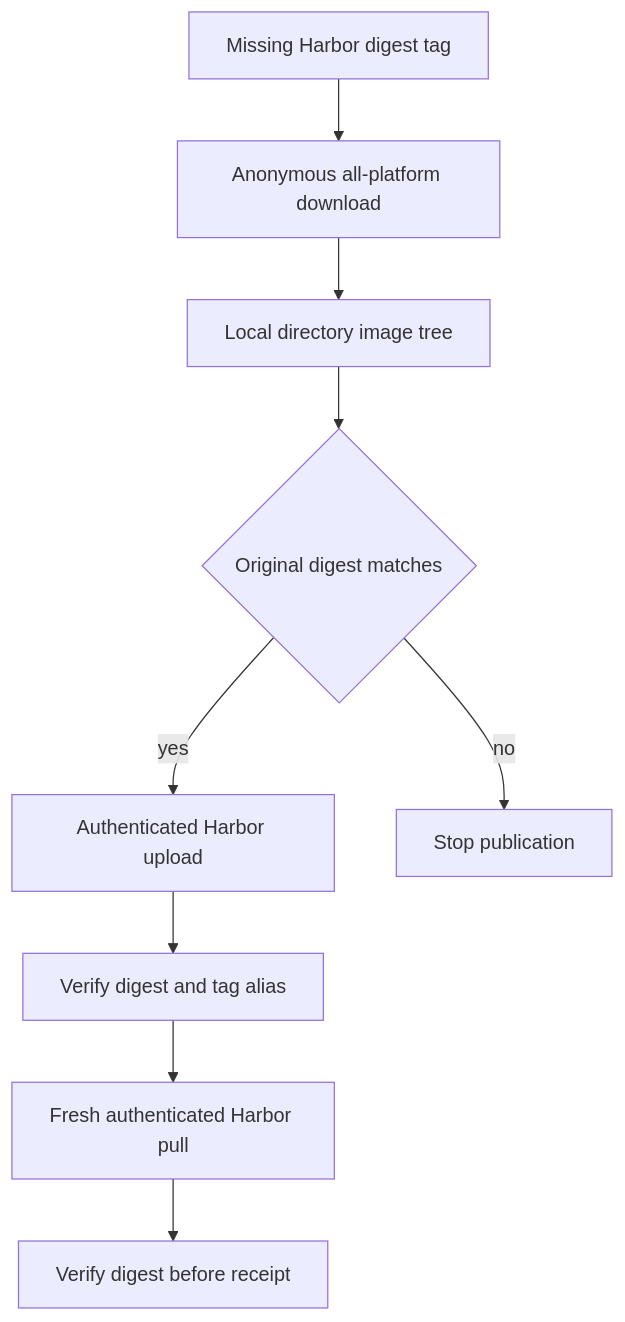
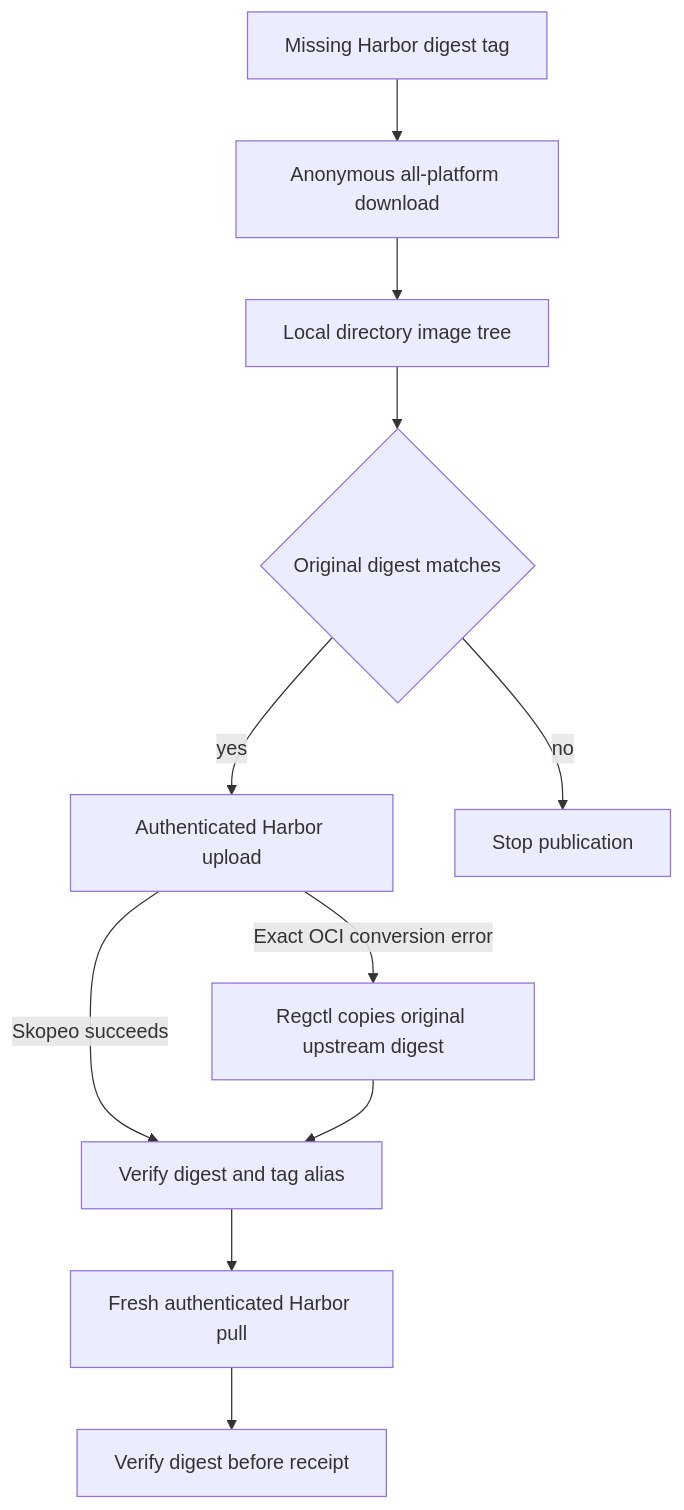
Before and after one commit to Stuhlmuller/homelab: the second of 2 diagrams in openwiki/operations/harbor-oci.md, drawn with Mermaid. The commit also changed other lines of this file and 16 other files, not shown here.

Commit message:
fix(harbor): preserve OCI index digest on destination copy

````diff
--- a/openwiki/operations/harbor-oci.md
+++ b/openwiki/operations/harbor-oci.md
@@ -732,11 +737,13 @@
 ```mermaid
 flowchart TD
     Missing["Missing Harbor digest tag"] --> Source["Anonymous all-platform download"]
     Source --> Staging["Local directory image tree"]
     Staging --> Identity{"Original digest matches"}
     Identity -->|yes|Upload["Authenticated Harbor upload"]
     Identity -->|no|Stopped["Stop publication"]
-    Upload --> Verify["Verify digest and tag alias"]
+    Upload -->|Skopeo succeeds| Verify["Verify digest and tag alias"]
+    Upload -->|Exact OCI conversion error| Regctl["Regctl copies original upstream digest"]
+    Regctl --> Verify
     Verify --> Pull["Fresh authenticated Harbor pull"]
     Pull --> Receipt["Verify digest before receipt"]
 ```
````
